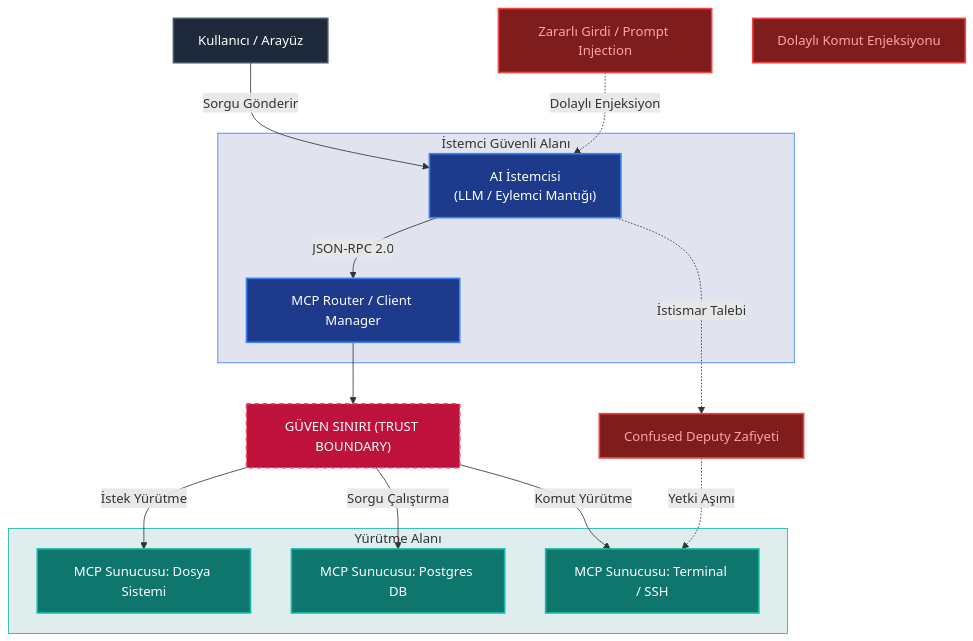
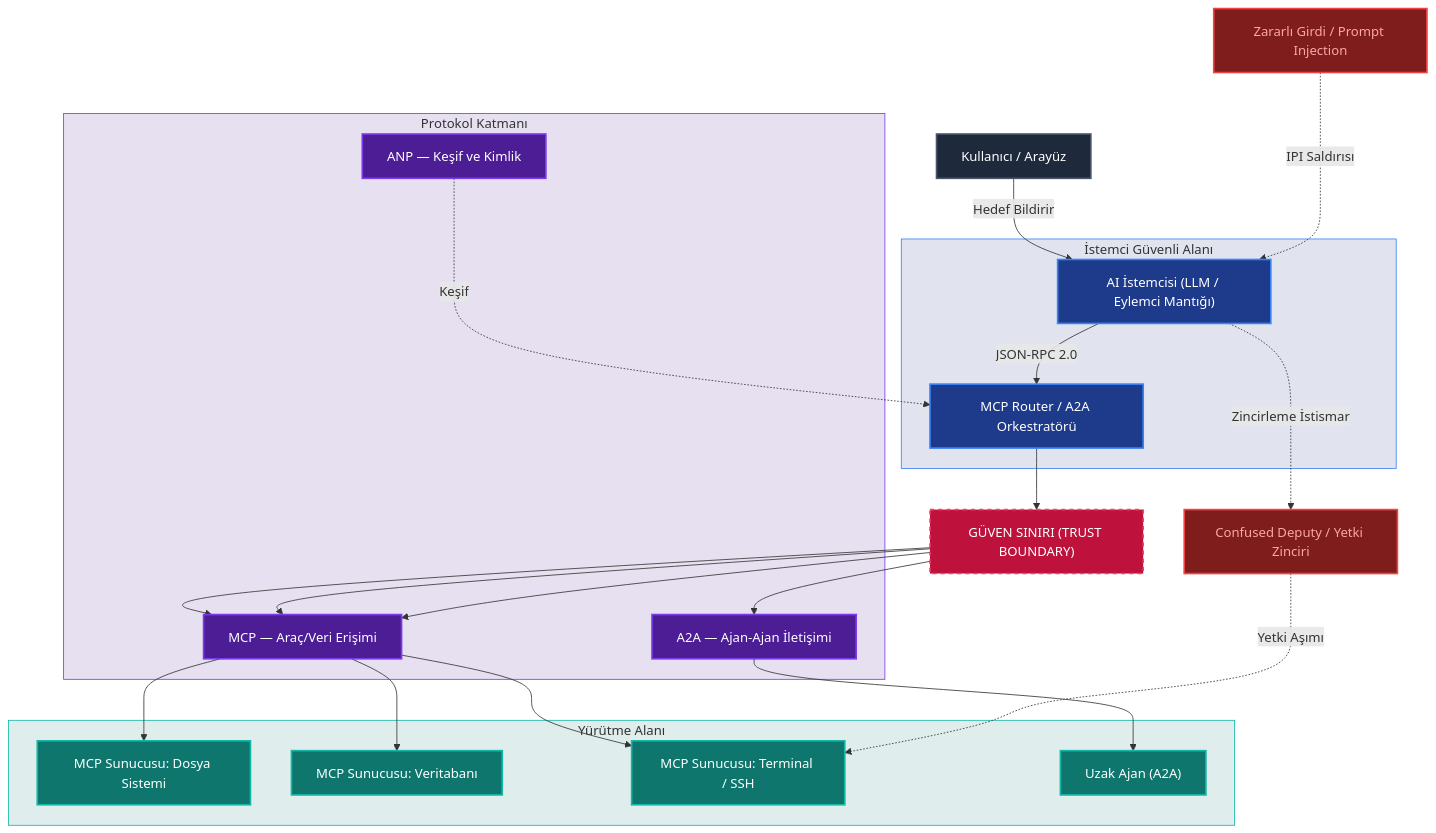
Before and after one commit to yusufarbc/yusufarbc: the first of 2 diagrams in website/content/agentic-ai-protocols-security-vulnerabilities/tr.md, drawn with Mermaid. The commit also changed other lines of this file and 2 other files, not shown here.

````diff
--- a/website/content/agentic-ai-protocols-security-vulnerabilities/tr.md
+++ b/website/content/agentic-ai-protocols-security-vulnerabilities/tr.md
@@ -23,45 +21,51 @@
 ```mermaid
 graph TD
-    %% Styling
     classDef user fill:#1e293b,stroke:#475569,stroke-width:2px,color:#fff;
     classDef client fill:#1e3a8a,stroke:#3b82f6,stroke-width:2px,color:#fff;
     classDef boundary fill:#be123c,stroke:#f43f5e,stroke-width:2px,color:#fff,stroke-dasharray: 5 5;
     classDef server fill:#0f766e,stroke:#14b8a6,stroke-width:2px,color:#fff;
     classDef attack fill:#7f1d1d,stroke:#ef4444,stroke-width:2px,color:#fca5a5;
+    classDef protocol fill:#4c1d95,stroke:#7c3aed,stroke-width:2px,color:#fff;
 
     User[Kullanıcı / Arayüz]:::user
-    
+
     subgraph ClientZone [İstemci Güvenli Alanı]
-        Client["AI İstemcisi <br/>(LLM / Eylemci Mantığı)"]:::client
-        Router["MCP Router / Client Manager"]:::client
+        Client["AI İstemcisi (LLM / Eylemci Mantığı)"]:::client
+        Router["MCP Router / A2A Orkestratörü"]:::client
     end
 
     TB["GÜVEN SINIRI (TRUST BOUNDARY)"]:::boundary
 
+    subgraph ProtocolLayer [Protokol Katmanı]
+        MCP["MCP — Araç/Veri Erişimi"]:::protocol
+        A2A["A2A — Ajan-Ajan İletişimi"]:::protocol
+        ANP["ANP — Keşif ve Kimlik"]:::protocol
+    end
+
     subgraph TargetZone [Yürütme Alanı]
         S_Env["MCP Sunucusu: Dosya Sistemi"]:::server
-        S_Db["MCP Sunucusu: Postgres DB"]:::server
+        S_Db["MCP Sunucusu: Veritabanı"]:::server
         S_Term["MCP Sunucusu: Terminal / SSH"]:::server
+        RemoteAgent["Uzak Ajan (A2A)"]:::server
     end
 
-    %% Saldırı Vektörleri
     Attacker["Zararlı Girdi / Prompt Injection"]:::attack
-    Confused["Confused Deputy Zafiyeti"]:::attack
-    Confused2["Dolaylı Komut Enjeksiyonu"]:::attack
+    Confused["Confused Deputy / Yetki Zinciri"]:::attack
 
-    %% İletişim Akışı
-    User -->|Sorgu Gönderir| Client
+    User -->|Hedef Bildirir| Client
     Client -->|JSON-RPC 2.0| Router
     Router --> TB
-    TB -->|İstek Yürütme| S_Env
-    TB -->|Sorgu Çalıştırma| S_Db
-    TB -->|Komut Yürütme| S_Term
+    TB --> MCP --> S_Env
+    TB --> MCP --> S_Db
+    TB --> MCP --> S_Term
+    TB --> A2A --> RemoteAgent
+    ANP -..->|Keşif| Router
 
-    %% Saldırı Etkileşimi
-    Attacker -.->|Dolaylı Enjeksiyon| Client
-    Client -.->|İstismar Talebi| Confused
-    Confused -.->|Yetki Aşımı| S_Term
+    Attacker -..->|IPI Saldırısı| Client
+    Client -..->|Zincirleme İstismar| Confused
+    Confused -..->|Yetki Aşımı| S_Term
 
     style ClientZone fill:#1e3a8a22,stroke:#3b82f6,stroke-width:1px
     style TargetZone fill:#0f766e22,stroke:#14b8a6,stroke-width:1px
+    style ProtocolLayer fill:#4c1d9522,stroke:#7c3aed,stroke-width:1px
 ```
````
